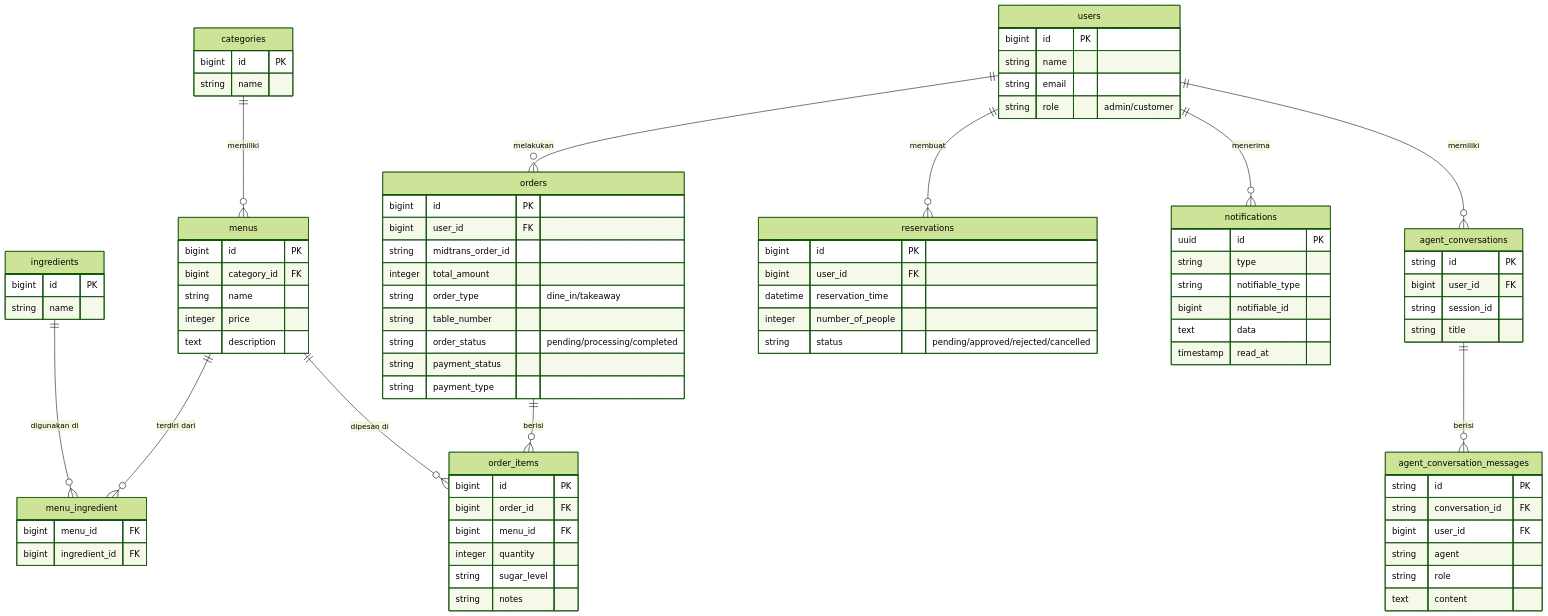
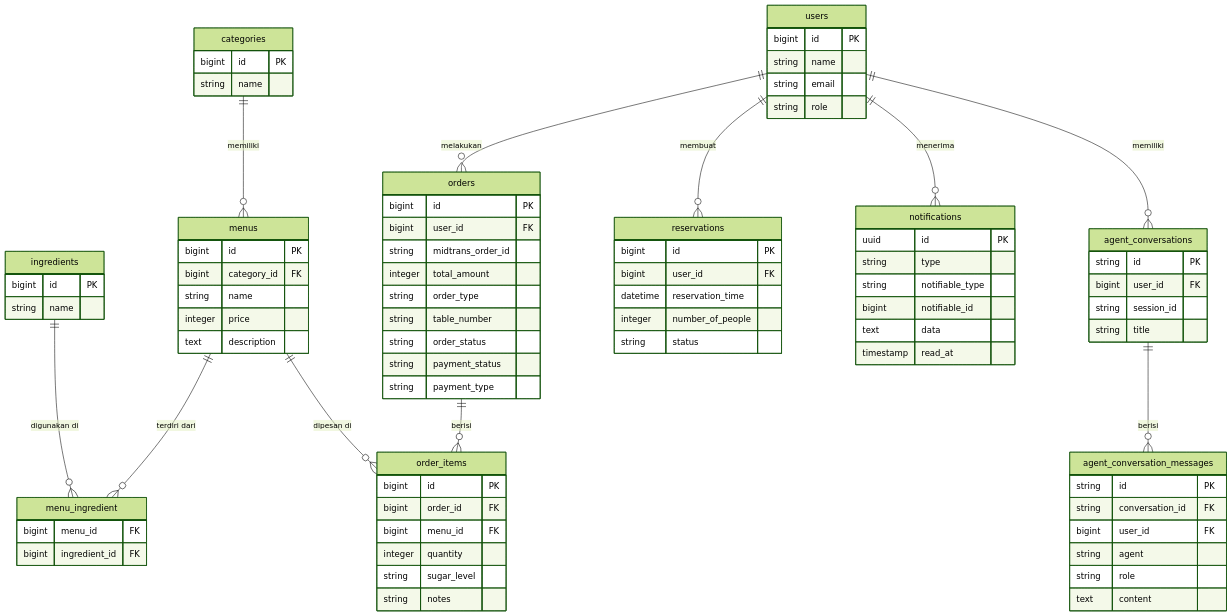
Before and after one commit to voltakits725/taraka-vilt: the diagram in README.md, drawn with Mermaid (forest theme).

Commit message:
fix sintaks mermaid ERD

```diff
--- a/README.md
+++ b/README.md
@@ -120,7 +120,7 @@
         bigint id PK
         string name
         string email
-        string role "admin/customer"
+        string role
     }
     
     categories {
@@ -151,9 +151,9 @@
         bigint user_id FK
         string midtrans_order_id
         integer total_amount
-        string order_type "dine_in/takeaway"
+        string order_type
         string table_number
-        string order_status "pending/processing/completed"
+        string order_status
         string payment_status
         string payment_type
     }
@@ -172,7 +172,7 @@
         bigint user_id FK
         datetime reservation_time
         integer number_of_people
-        string status "pending/approved/rejected/cancelled"
+        string status
     }
     
     notifications {
```
